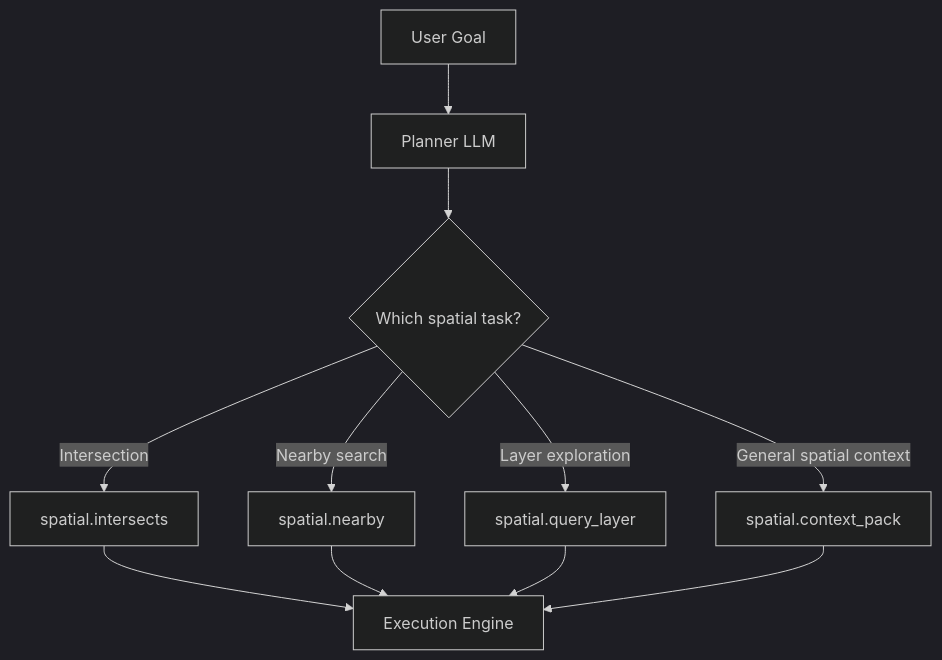
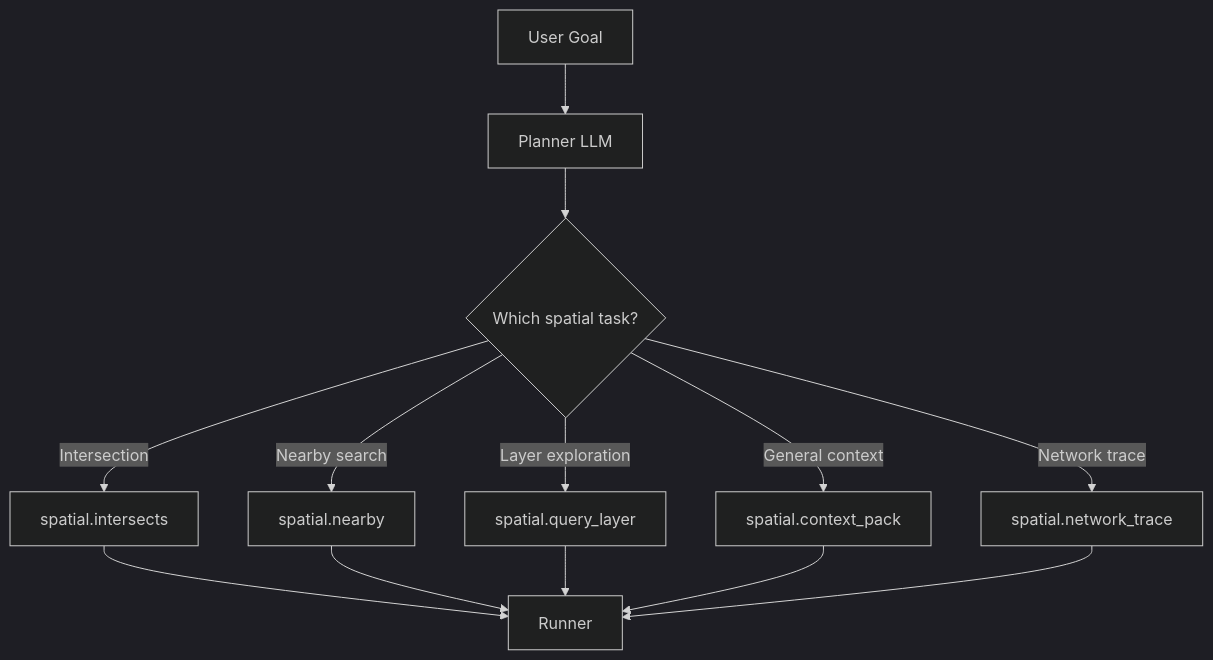
Before and after one commit to juaquicar/GeoAgents: the fourth of 16 diagrams in docs/diagrams.md, drawn with Mermaid (dark theme). The commit also changed other lines of this file and 12 other files, not shown here.

````diff
--- a/docs/diagrams.md
+++ b/docs/diagrams.md
@@ -95,22 +116,18 @@
 ```mermaid
 flowchart TD
 
-A[User Goal]
-
-A --> B[Planner LLM]
-
+A[User Goal] --> B[Planner LLM]
 B --> C{Which spatial task?}
 
 C -->|Intersection| D[spatial.intersects]
+C -->|Nearby search| E[spatial.nearby]
+C -->|Layer exploration| F[spatial.query_layer]
+C -->|General context| G[spatial.context_pack]
+C -->|Network trace| H[spatial.network_trace]
 
-C -->|Nearby search| E[spatial.nearby]
-
-C -->|Layer exploration| F[spatial.query_layer]
-
-C -->|General spatial context| G[spatial.context_pack]
-
-D --> H[Execution Engine]
-E --> H
-F --> H
-G --> H
+D --> I[Runner]
+E --> I
+F --> I
+G --> I
+H --> I
 ```
````
